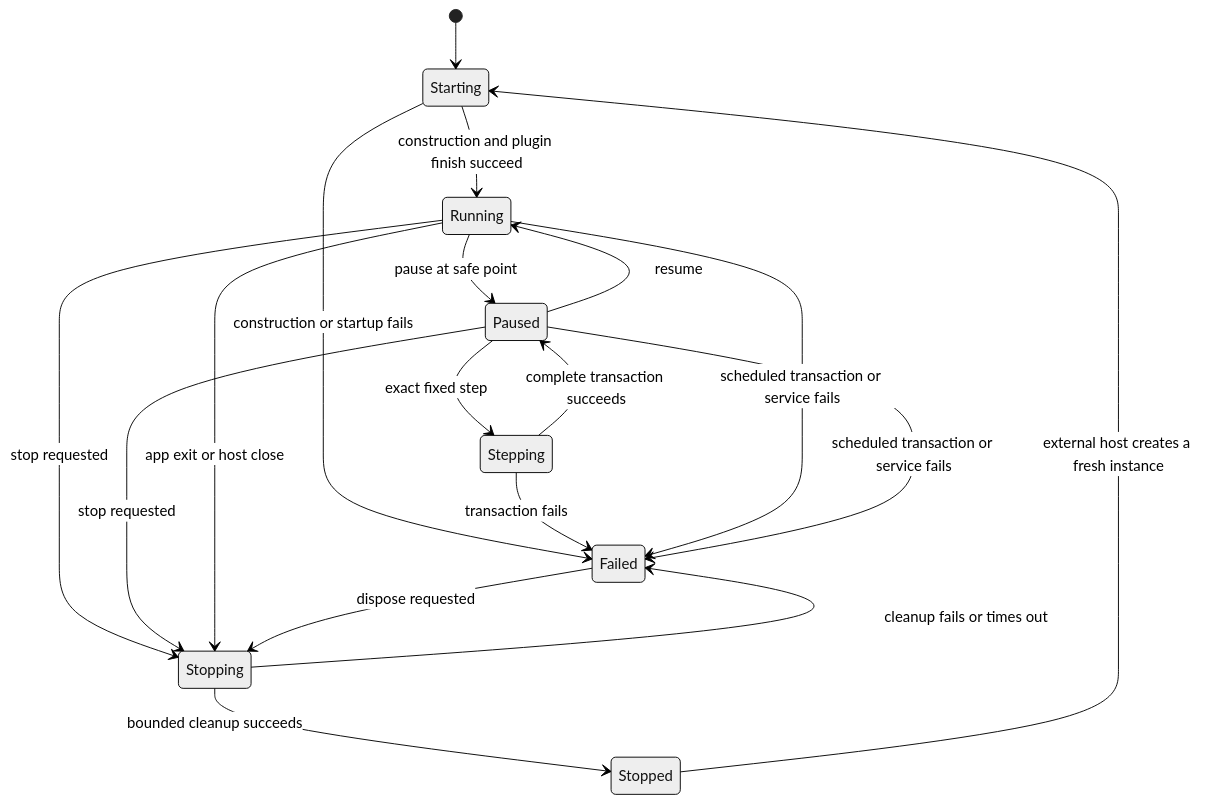
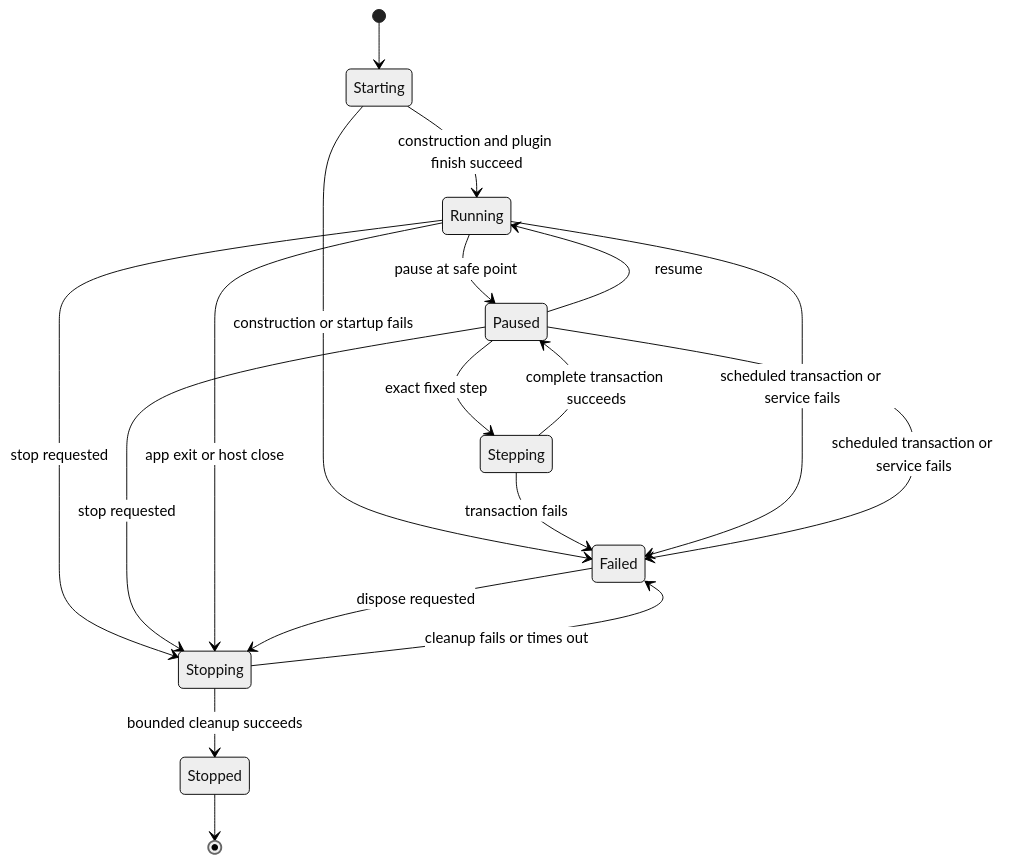
The fourth of 5 diagrams in docs/plans/2026-07-12-001-refactor-reference-game-driven-foundation-plan.md (Latias94/nara), drawn with Mermaid (neutral theme) before and after one commit. The commit also changed other lines of this file and 8 other files, not shown here.

Commit message:
docs(architecture): repair durable engine contracts

````diff
--- a/docs/plans/2026-07-12-001-refactor-reference-game-driven-foundation-plan.md
+++ b/docs/plans/2026-07-12-001-refactor-reference-game-driven-foundation-plan.md
@@ -215,20 +215,20 @@
 ```mermaid
 stateDiagram-v2
     [*] --> Starting
     Starting --> Running: construction and plugin finish succeed
     Starting --> Failed: construction or startup fails
     Running --> Paused: pause at safe point
     Paused --> Running: resume
     Paused --> Stepping: exact fixed step
     Stepping --> Paused: complete transaction succeeds
     Stepping --> Failed: transaction fails
     Running --> Failed: scheduled transaction or service fails
     Paused --> Failed: scheduled transaction or service fails
     Running --> Stopping: stop requested
     Paused --> Stopping: stop requested
     Running --> Stopping: app exit or host close
     Failed --> Stopping: dispose requested
     Stopping --> Stopped: bounded cleanup succeeds
     Stopping --> Failed: cleanup fails or times out
-    Stopped --> Starting: external host creates a fresh instance
+    Stopped --> [*]
 ```
````
